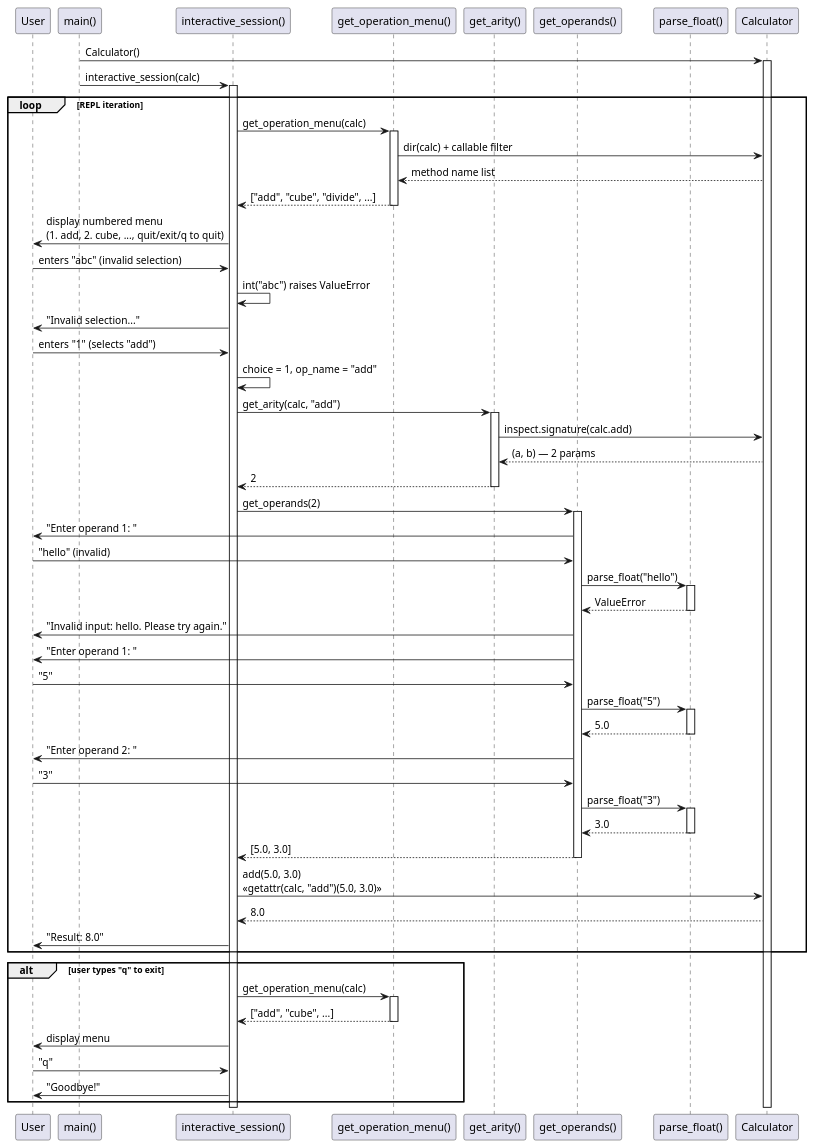
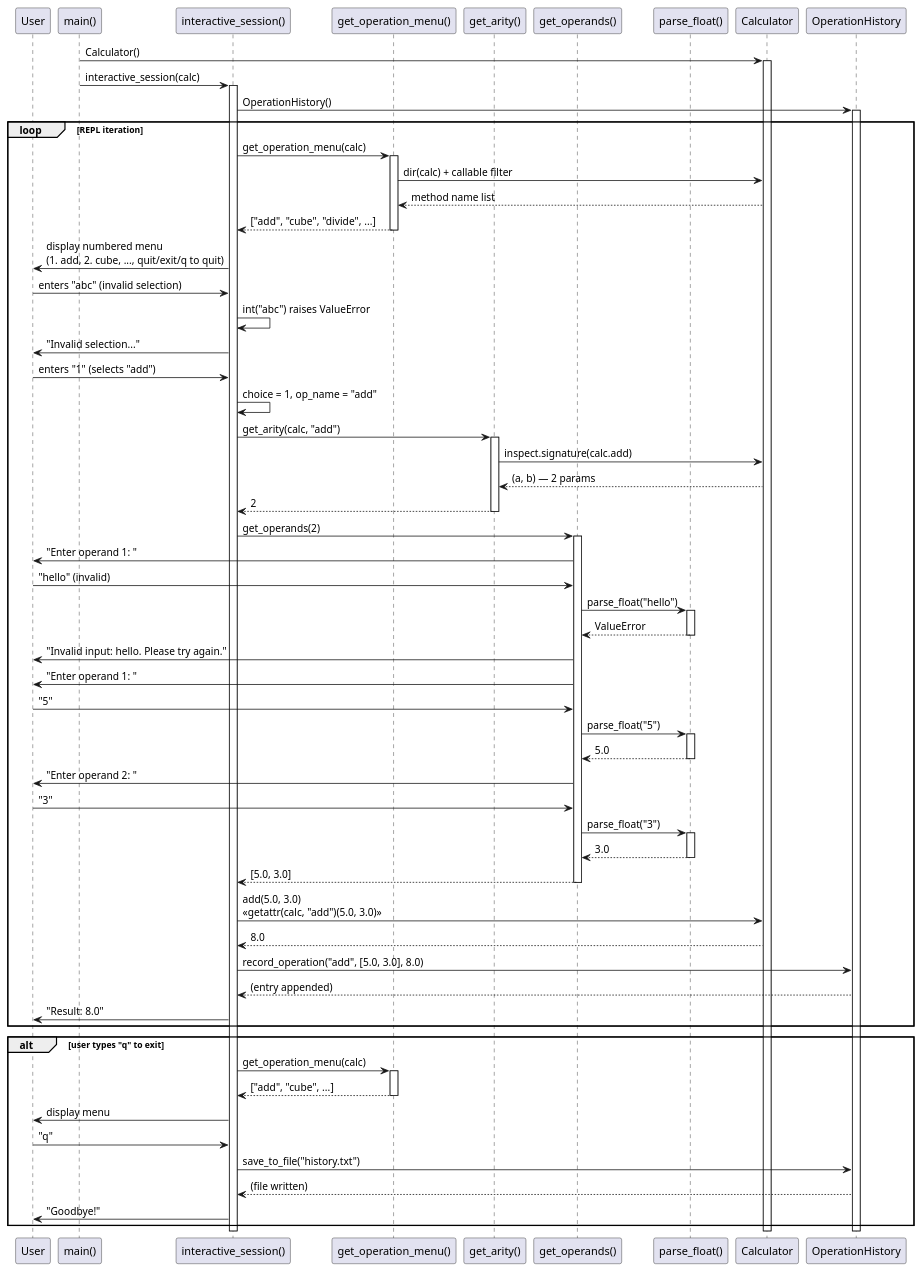
Before and after one commit to DanielRiha8906/Calculator_bachelor_autoevolution_team: the diagram in artifacts/sequence_diagram_operation_execution.puml, drawn with PlantUML. The commit also changed 3 other files, not shown here.

Commit message:
chore: update diagrams for operation history feature

```diff
--- a/artifacts/sequence_diagram_operation_execution.puml
+++ b/artifacts/sequence_diagram_operation_execution.puml
@@ -1,93 +1,102 @@
 @startuml sequence_diagram_operation_execution
 
 participant "User" as User
 participant "main()" as Main
 participant "interactive_session()" as Session
 participant "get_operation_menu()" as GetMenu
 participant "get_arity()" as GetArity
 participant "get_operands()" as GetOperands
 participant "parse_float()" as ParseFloat
 participant "Calculator" as Calc
+participant "OperationHistory" as History
 
 Main -> Calc : Calculator()
 activate Calc
 
 Main -> Session : interactive_session(calc)
 activate Session
+
+Session -> History : OperationHistory()
+activate History
 
 loop REPL iteration
 
     Session -> GetMenu : get_operation_menu(calc)
     activate GetMenu
     GetMenu -> Calc : dir(calc) + callable filter
     Calc --> GetMenu : method name list
     GetMenu --> Session : ["add", "cube", "divide", ...]
     deactivate GetMenu
 
     Session -> User : display numbered menu\n(1. add, 2. cube, ..., quit/exit/q to quit)
 
     User -> Session : enters "abc" (invalid selection)
     Session -> Session : int("abc") raises ValueError
     Session -> User : "Invalid selection..."
 
     User -> Session : enters "1" (selects "add")
     Session -> Session : choice = 1, op_name = "add"
 
     Session -> GetArity : get_arity(calc, "add")
     activate GetArity
     GetArity -> Calc : inspect.signature(calc.add)
     Calc --> GetArity : (a, b) — 2 params
     GetArity --> Session : 2
     deactivate GetArity
 
     Session -> GetOperands : get_operands(2)
     activate GetOperands
 
     GetOperands -> User : "Enter operand 1: "
     User -> GetOperands : "hello" (invalid)
     GetOperands -> ParseFloat : parse_float("hello")
     activate ParseFloat
     ParseFloat --> GetOperands : ValueError
     deactivate ParseFloat
     GetOperands -> User : "Invalid input: hello. Please try again."
 
     GetOperands -> User : "Enter operand 1: "
     User -> GetOperands : "5"
     GetOperands -> ParseFloat : parse_float("5")
     activate ParseFloat
     ParseFloat --> GetOperands : 5.0
     deactivate ParseFloat
 
     GetOperands -> User : "Enter operand 2: "
     User -> GetOperands : "3"
     GetOperands -> ParseFloat : parse_float("3")
     activate ParseFloat
     ParseFloat --> GetOperands : 3.0
     deactivate ParseFloat
 
     GetOperands --> Session : [5.0, 3.0]
     deactivate GetOperands
 
     Session -> Calc : add(5.0, 3.0)\n<<getattr(calc, "add")(5.0, 3.0)>>
     Calc --> Session : 8.0
+    Session -> History : record_operation("add", [5.0, 3.0], 8.0)
+    History --> Session : (entry appended)
     Session -> User : "Result: 8.0"
 
 end
 
 alt user types "q" to exit
 
     Session -> GetMenu : get_operation_menu(calc)
     activate GetMenu
     GetMenu --> Session : ["add", "cube", ...]
     deactivate GetMenu
 
     Session -> User : display menu
     User -> Session : "q"
+    Session -> History : save_to_file("history.txt")
+    History --> Session : (file written)
     Session -> User : "Goodbye!"
 
 end
 
+deactivate History
 deactivate Session
 deactivate Calc
 
 @enduml
```
